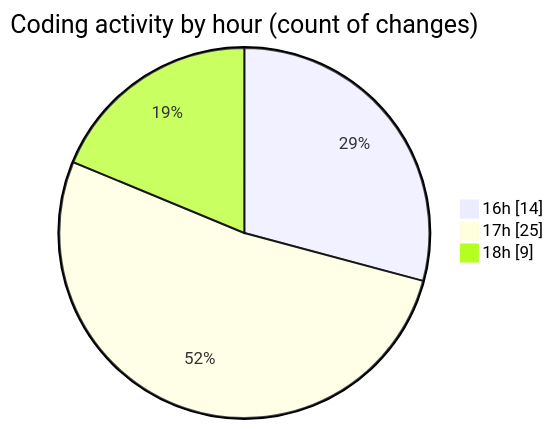
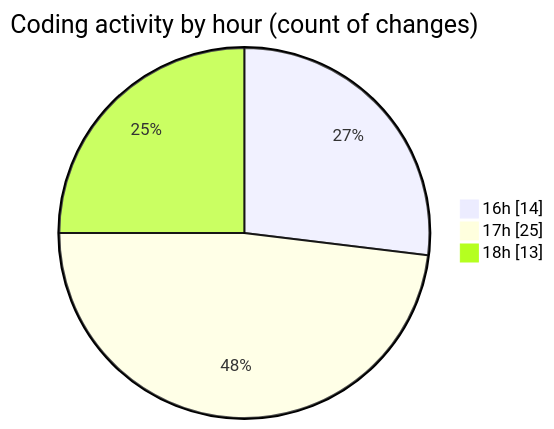
The second of 2 diagrams in 2026-10-20/untitled__workspace_/README.md (debugP/code-tracking), drawn with Mermaid before and after one commit. The commit also changed other lines of this file and 1 other file, not shown here.

````diff
--- a/2026-10-20/untitled__workspace_/README.md
+++ b/2026-10-20/untitled__workspace_/README.md
@@ -30,7 +30,7 @@
 ```mermaid
 pie showData
 title Coding activity by hour (count of changes)
 "16h" : 14
 "17h" : 25
-"18h" : 9
+"18h" : 13
 ```
````
